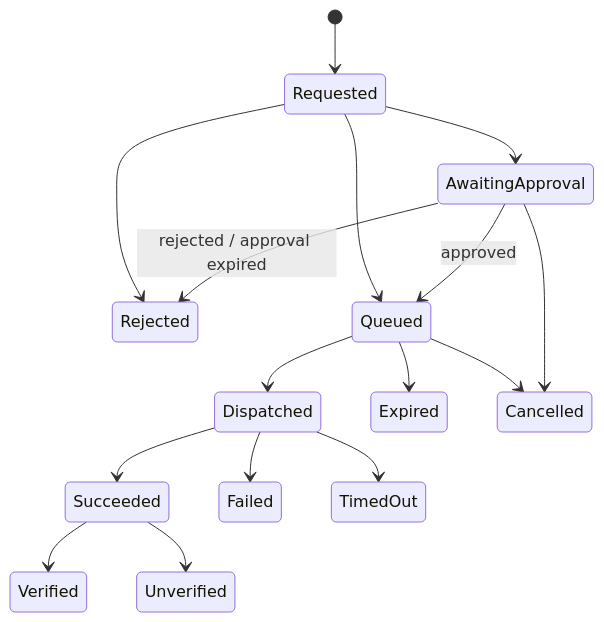
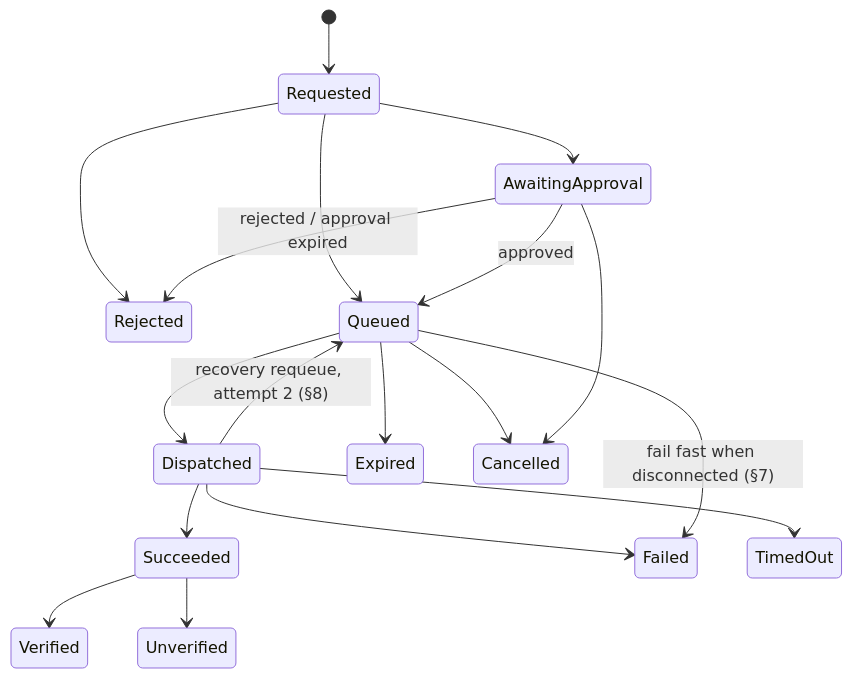
The diagram in Architecture/specs/CMD-commands.md (Moshizza/Watchpoint), drawn with Mermaid before and after one commit. The commit also changed other lines of this file and 46 other files, not shown here.

First line of the commit message:
T2.01 Commands: model, validation (schema, rights hook, state), lifecycle state machine, log records (#192)

````diff
--- a/Architecture/specs/CMD-commands.md
+++ b/Architecture/specs/CMD-commands.md
@@ -189,18 +244,20 @@
 ```mermaid
 stateDiagram-v2
     [*] --> Requested
     Requested --> Rejected
     Requested --> AwaitingApproval
     Requested --> Queued
     AwaitingApproval --> Queued: approved
     AwaitingApproval --> Rejected: rejected / approval expired
     Queued --> Dispatched
     Queued --> Expired
     Queued --> Cancelled
     AwaitingApproval --> Cancelled
     Dispatched --> Succeeded
     Dispatched --> Failed
     Dispatched --> TimedOut
+    Queued --> Failed: fail fast when disconnected (§7)
+    Dispatched --> Queued: recovery requeue, attempt 2 (§8)
     Succeeded --> Verified
     Succeeded --> Unverified
 ```
````
